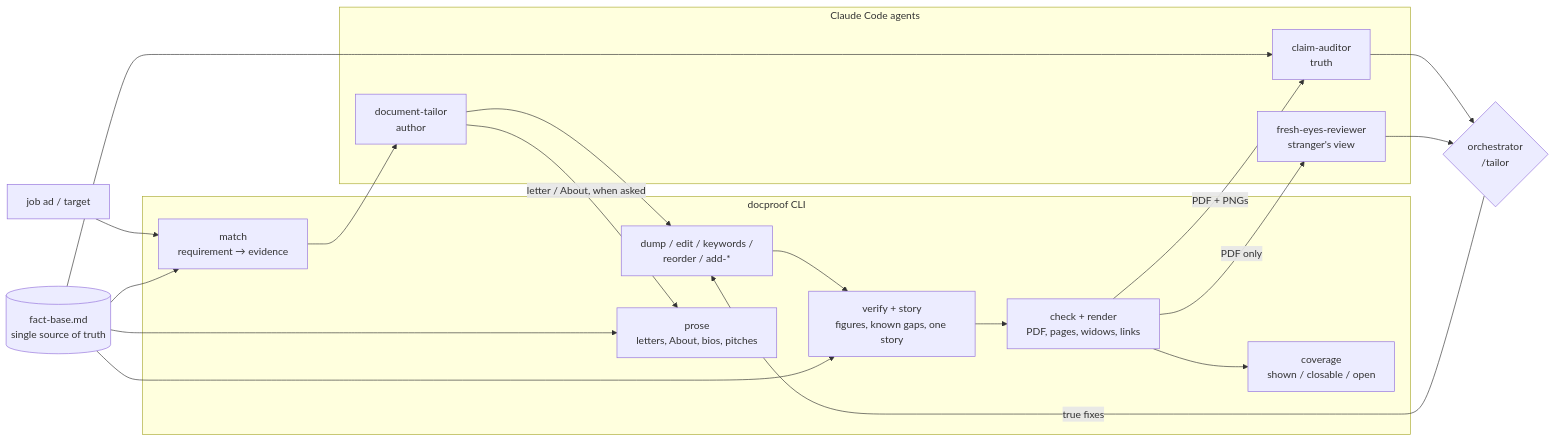
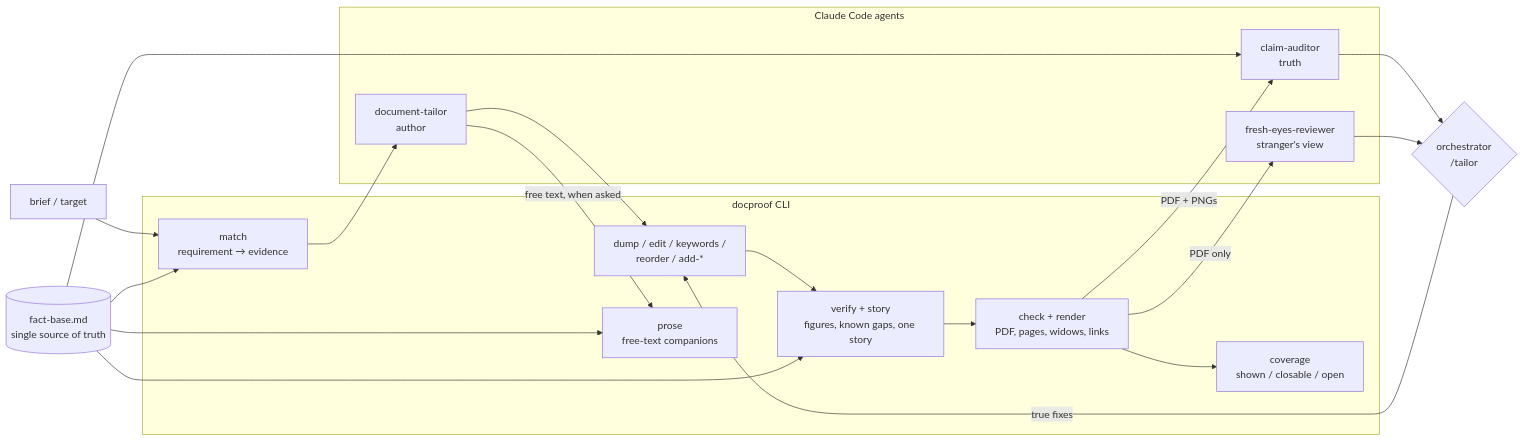
One commit to MaHmOuDeB/docproof changed the diagram in docs/architecture.md. Above: the diagram before and after it, drawn with Mermaid. The commit also changed other lines of this file and 2 other files, not shown here.

````diff
--- a/docs/architecture.md
+++ b/docs/architecture.md
@@ -7,31 +7,31 @@
 ```mermaid
 flowchart LR
     FB[(fact-base.md<br/>single source of truth)]
-    AD[job ad / target]
+    AD[brief / target]
     subgraph Agents [Claude Code agents]
         T[document-tailor<br/>author]
         A[claim-auditor<br/>truth]
         R[fresh-eyes-reviewer<br/>stranger's view]
     end
     subgraph CLI [docproof CLI]
         M[match<br/>requirement → evidence]
         E[dump / edit / keywords /<br/>reorder / add-*]
         V[verify + story<br/>figures, known gaps, one story]
         C[check + render<br/>PDF, pages, widows, links]
         CV[coverage<br/>shown / closable / open]
-        P[prose<br/>letters, About, bios, pitches]
+        P[prose<br/>free-text companions]
     end
     AD --> M
     FB --> M
     M --> T
     T --> E --> V --> C --> CV
     FB --> V
     FB --> P
-    T -->|letter / About, when asked| P
+    T -->|free text, when asked| P
     C -->|PDF + PNGs| A
     C -->|PDF only| R
     FB --> A
     A --> O{orchestrator<br/>/tailor}
     R --> O
     O -->|true fixes| E
 ```
````
